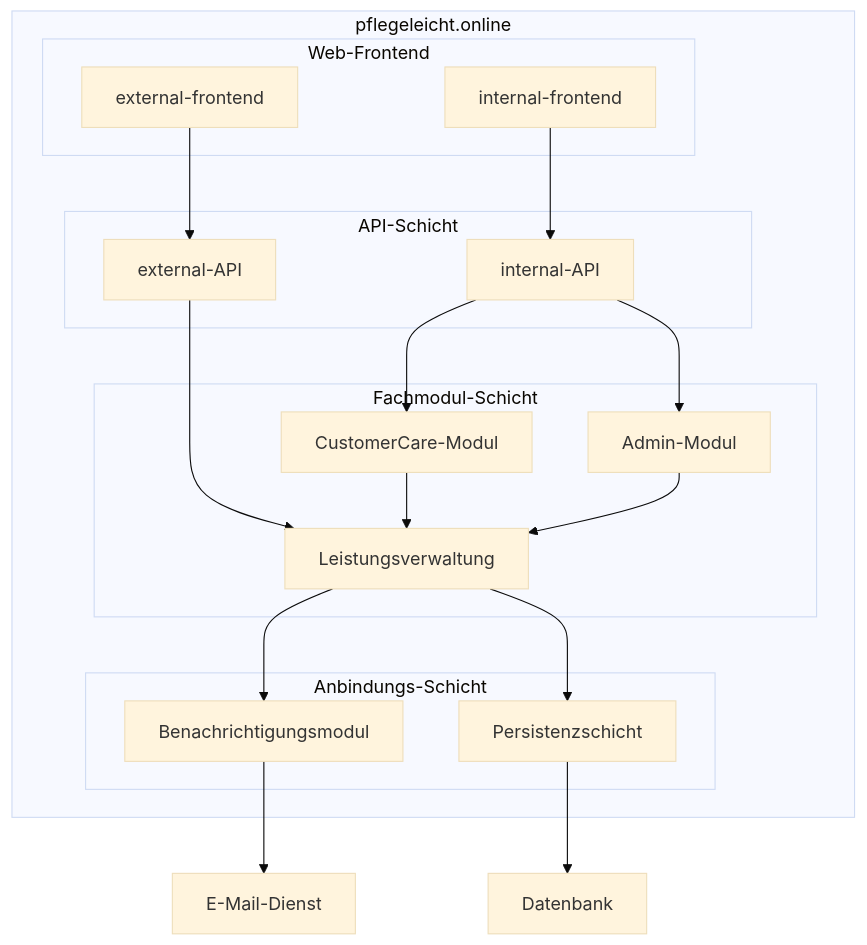
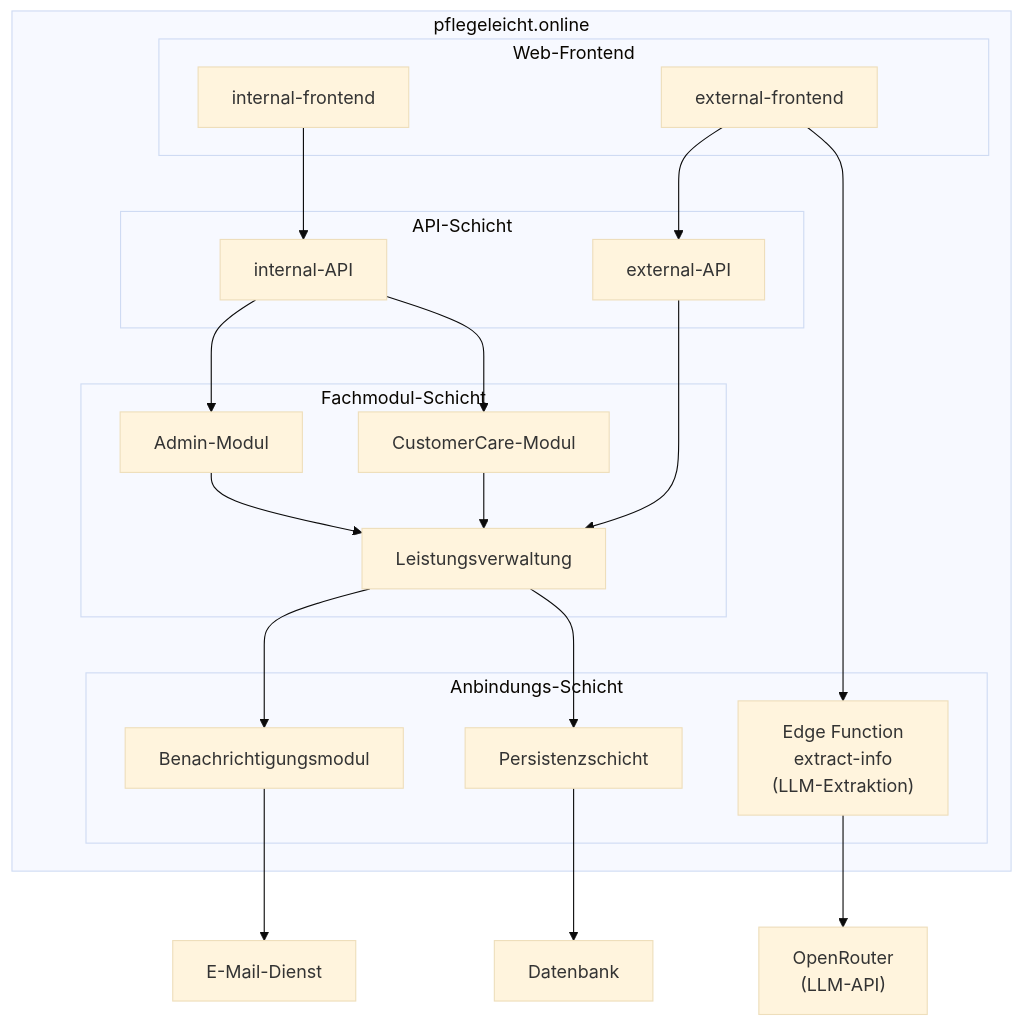
Before and after one commit to jomatotu/pflegeleicht: the diagram in documentation/architecture/bausteinsicht.md, drawn with Mermaid (base theme). The commit also changed other lines of this file and 11 other files, not shown here.

First line of the commit message:
Enhance architecture documentation with LLM extraction details

````diff
--- a/documentation/architecture/bausteinsicht.md
+++ b/documentation/architecture/bausteinsicht.md
@@ -7,40 +7,44 @@
 ```mermaid
 flowchart TB
     subgraph system["pflegeleicht.online"]
         subgraph layer1["Web-Frontend"]
             web-extern["external-frontend"]
             web-intern["internal-frontend"]
         end
 
         subgraph layer2["API-Schicht"]
             service-extern["external-API"]
             service-intern["internal-API"]
         end
 
         subgraph layer3["Fachmodul-Schicht"]
             leistung["Leistungsverwaltung"]
             admin["Admin-Modul"]
             customercare["CustomerCare-Modul"]
         end
 
         subgraph layer4["Anbindungs-Schicht"]
             notify["Benachrichtigungsmodul"]
             repo["Persistenzschicht"]
+            extract["Edge Function\nextract-info\n(LLM-Extraktion)"]
         end
     end
 
     email["E-Mail-Dienst"]
     db["Datenbank"]
+    openrouter["OpenRouter\n(LLM-API)"]
 
     web-extern --> service-extern
+    web-extern --> extract
     web-intern --> service-intern
     service-extern --> leistung
     service-intern --> admin
     service-intern --> customercare
     customercare --> leistung
     admin --> leistung
     leistung --> notify
     leistung --> repo
     notify --> email
     repo --> db
+    extract --> openrouter
 ```
````
